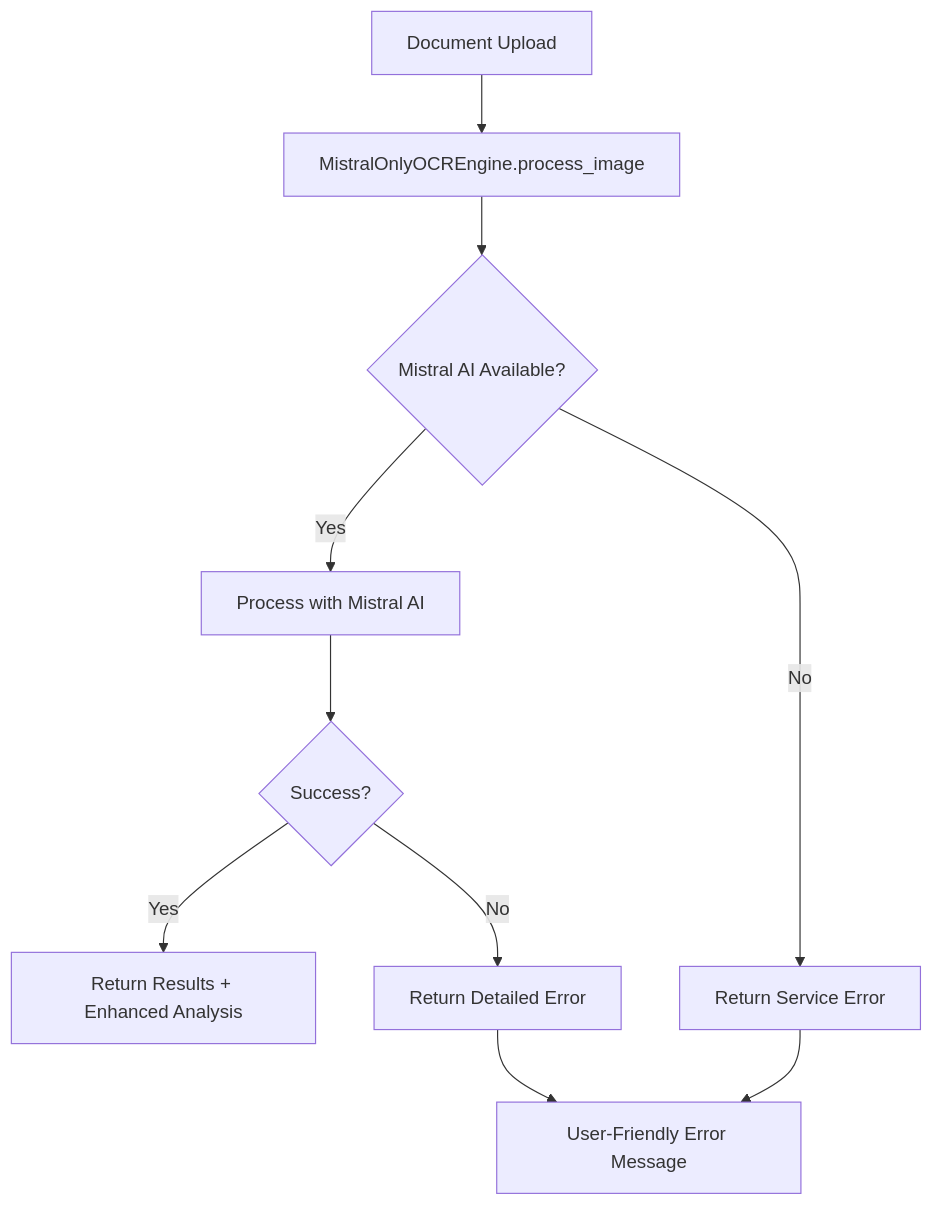
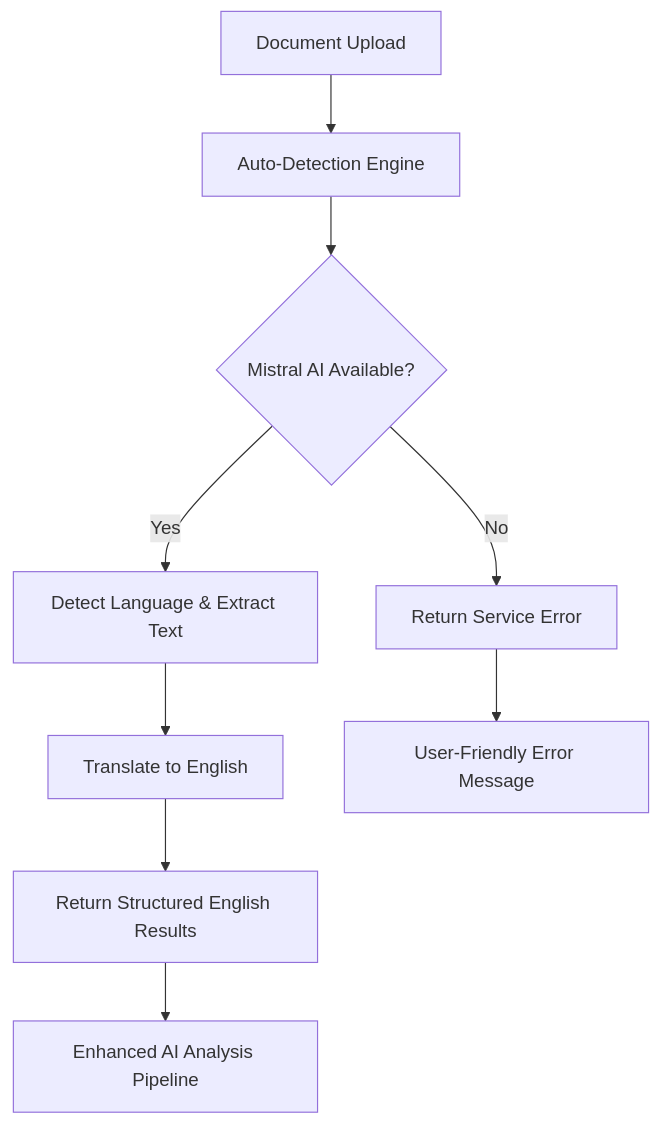
The diagram in CLAUDE.md (MysticHE/ocr-claim-assessment), drawn with Mermaid before and after one commit. The commit also changed other lines of this file and 4 other files, not shown here.

````diff
--- a/CLAUDE.md
+++ b/CLAUDE.md
@@ -118,12 +126,11 @@
 ```mermaid
 flowchart TD
-    A[Document Upload] --> B[MistralOnlyOCREngine.process_image]
+    A[Document Upload] --> B[Auto-Detection Engine]
     B --> C{Mistral AI Available?}
-    C -->|Yes| D[Process with Mistral AI]
-    D --> E{Success?}
-    E -->|Yes| F[Return Results + Enhanced Analysis]
-    E -->|No| G[Return Detailed Error]
-    C -->|No| H[Return Service Error]
+    C -->|Yes| D[Detect Language & Extract Text]
+    D --> E[Translate to English]
+    E --> F[Return Structured English Results]
+    C -->|No| G[Return Service Error]
+    F --> H[Enhanced AI Analysis Pipeline]
     G --> I[User-Friendly Error Message]
-    H --> I
 ```
````
